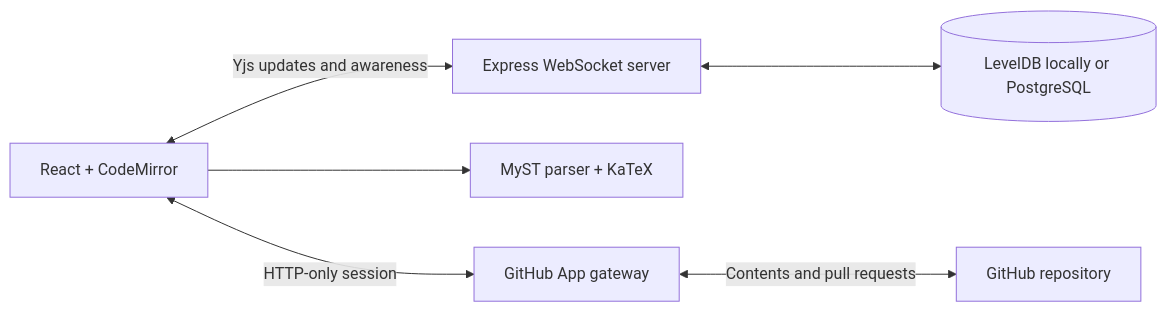
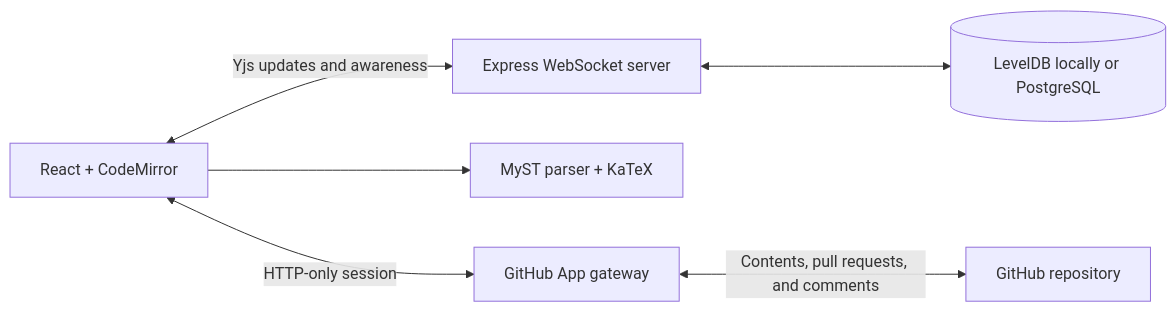
The first of 2 diagrams in docs/ARCHITECTURE.md (AllenNeuralDynamics/demystify), drawn with Mermaid before and after one commit. The commit also changed other lines of this file and 10 other files, not shown here.

Commit message:
Mirror room comments to GitHub reviews

````diff
--- a/docs/ARCHITECTURE.md
+++ b/docs/ARCHITECTURE.md
@@ -5,8 +5,8 @@
 ```mermaid
 flowchart LR
   B[React + CodeMirror] <-->|Yjs updates and awareness| W[Express WebSocket server]
   B --> M[MyST parser + KaTeX]
   W <--> L[(LevelDB locally or PostgreSQL)]
   B <-->|HTTP-only session| G[GitHub App gateway]
-  G <-->|Contents and pull requests| R[GitHub repository]
+  G <-->|Contents, pull requests, and comments| R[GitHub repository]
 ```
````
